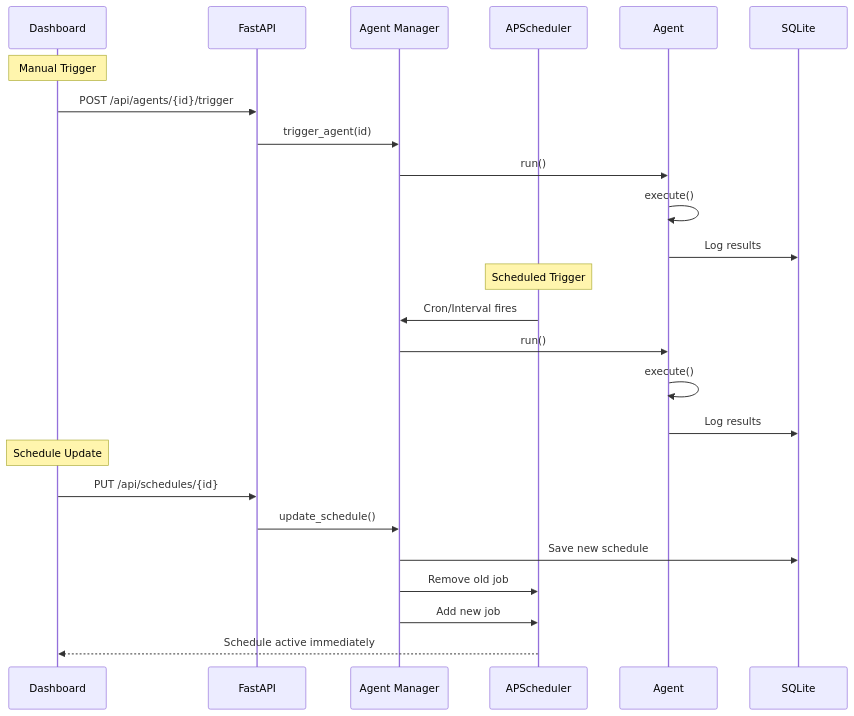
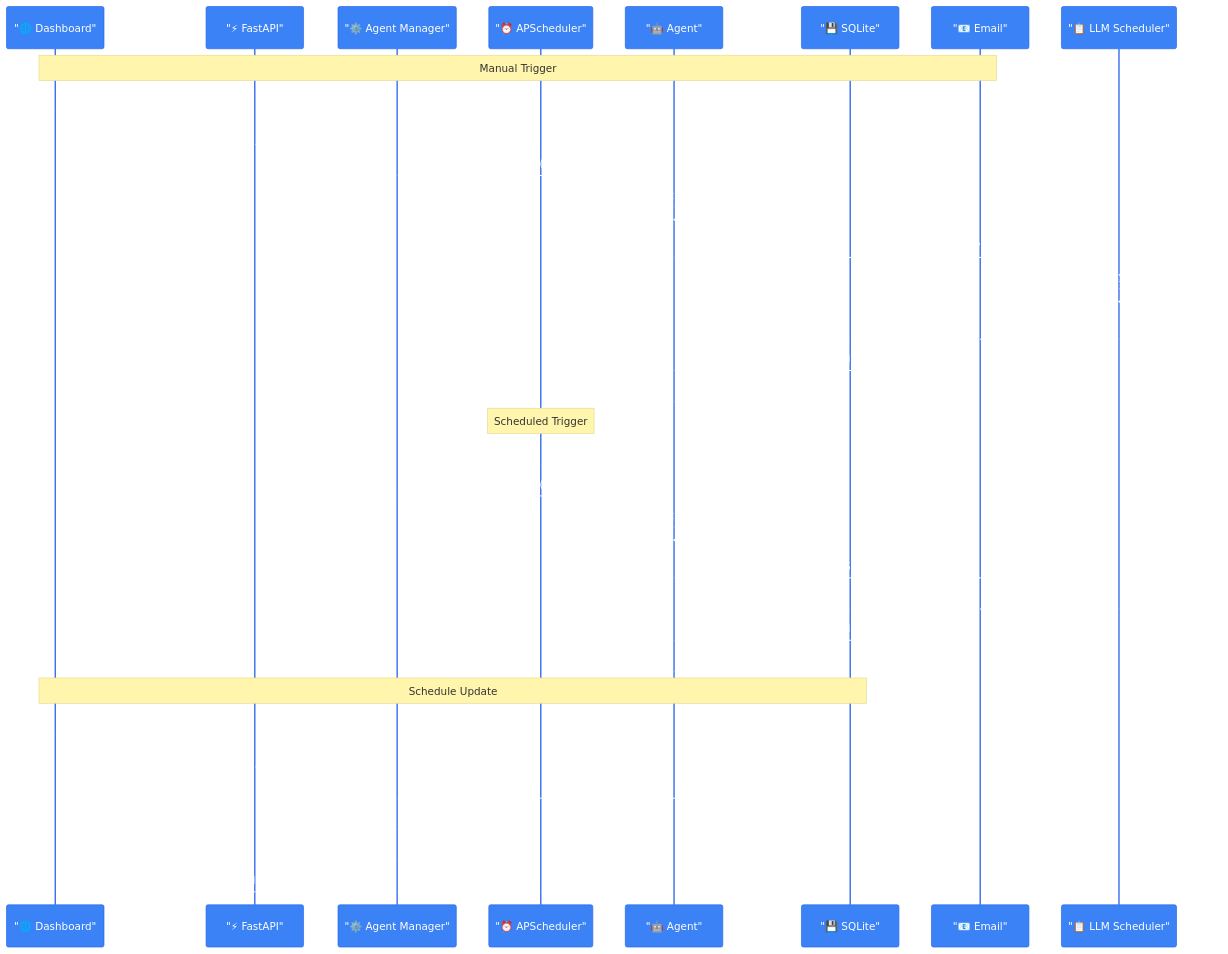
One commit to anasshahid1/multi-agent-platform changed the fourth of 4 diagrams in architecture.md. Above: the diagram before and after it, drawn with Mermaid. The commit also changed other lines of this file and 5 other files, not shown here.

First line of the commit message:
Update architecture diagrams with color styling and port change

````diff
--- a/architecture.md
+++ b/architecture.md
@@ -190,30 +206,40 @@
 ```mermaid
+%%{init: {'theme': 'base', 'themeVariables': {'background': '#ffffff', 'primaryColor': '#3b82f6', 'primaryTextColor': '#ffffff', 'primaryBorderColor': '#2563eb', 'lineColor': '#94a3b8', 'secondaryColor': '#f1f5f9', 'tertiaryColor': '#e2e8f0'}}}%%
 sequenceDiagram
-    participant Dashboard
-    participant API as FastAPI
-    participant AM as Agent Manager
-    participant APS as APScheduler
-    participant Agent
-    participant DB as SQLite
+    participant Dashboard as "🌐 Dashboard"
+    participant API as "⚡ FastAPI"
+    participant AM as "⚙️ Agent Manager"
+    participant APS as "⏰ APScheduler"
+    participant Agent as "🤖 Agent"
+    participant DB as "💾 SQLite"
+    participant Mail as "📧 Email"
+    participant Scheduler as "📋 LLM Scheduler"
 
-    Note over Dashboard: Manual Trigger
+    Note over Dashboard,Mail: Manual Trigger
     Dashboard->>API: POST /api/agents/{id}/trigger
     API->>AM: trigger_agent(id)
     AM->>Agent: run()
     Agent->>Agent: execute()
-    Agent->>DB: Log results
+    Agent->>Scheduler: Submit LLM request with priority
+    Scheduler->>Scheduler: Process with priority + deadlock check
+    Scheduler-->>Agent: LLM result
+    Agent->>Mail: Send email digest
+    Agent->>DB: Log results (logs, tokens)
 
     Note over APS: Scheduled Trigger
     APS->>AM: Cron/Interval fires
     AM->>Agent: run()
     Agent->>Agent: execute()
+    Agent->>Scheduler: Submit LLM request
+    Scheduler-->>Agent: LLM result
+    Agent->>Mail: Send email digest
     Agent->>DB: Log results
 
-    Note over Dashboard: Schedule Update
+    Note over Dashboard,DB: Schedule Update
     Dashboard->>API: PUT /api/schedules/{id}
     API->>AM: update_schedule()
     AM->>DB: Save new schedule
     AM->>APS: Remove old job
     AM->>APS: Add new job
     APS-->>Dashboard: Schedule active immediately
 ```
````
